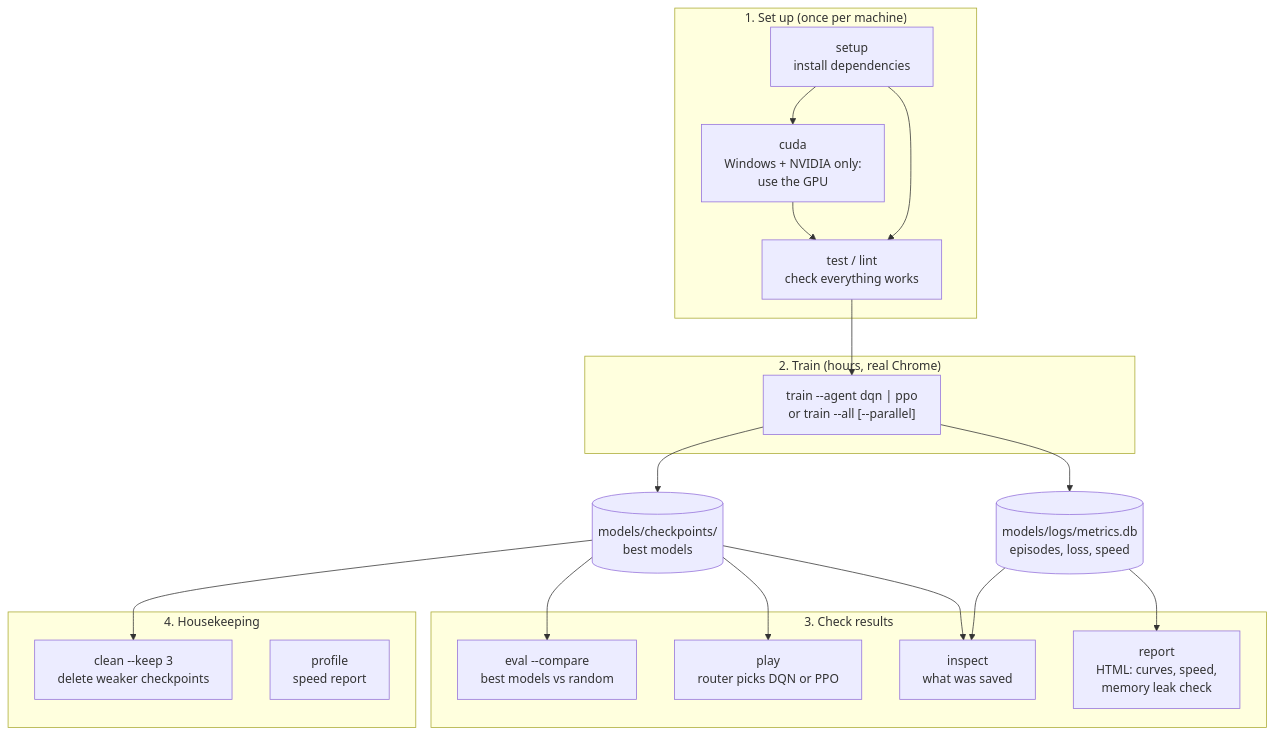
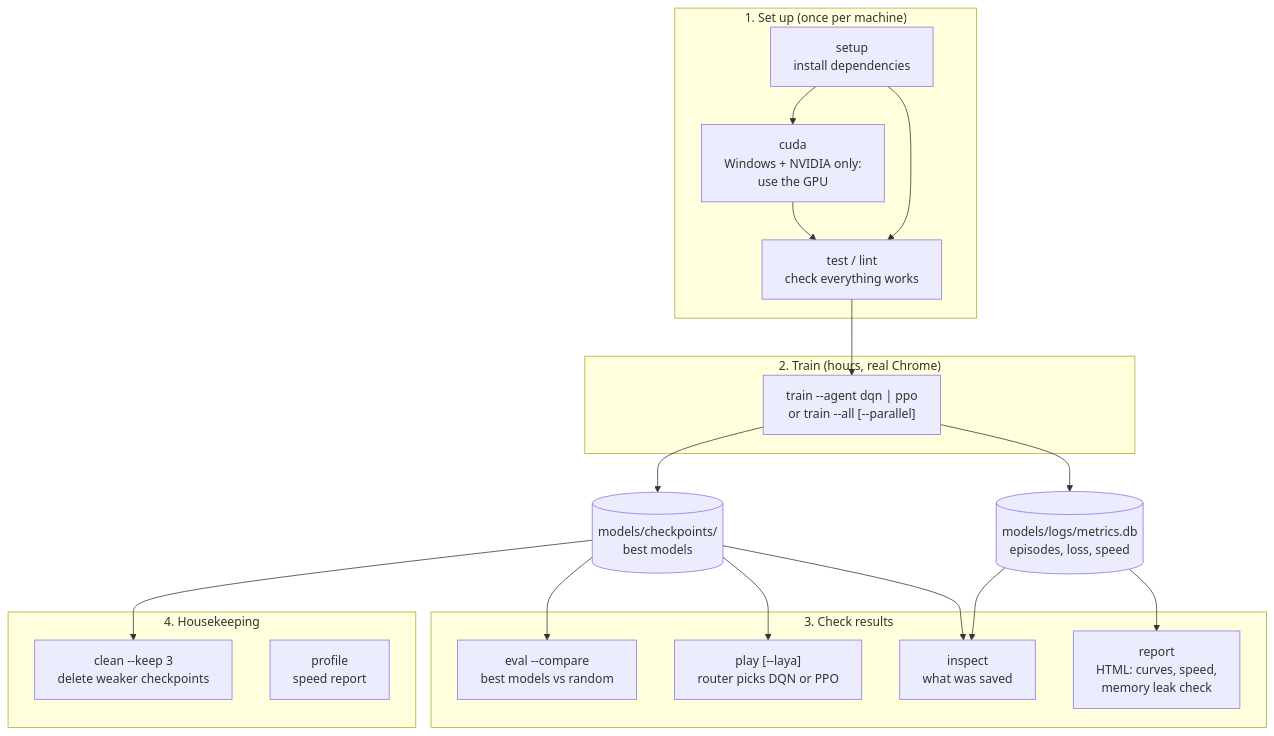
The diagram in docs/WORKFLOW.mermaid (S09Z/dino-decision-ai), drawn with Mermaid before and after one commit. The commit also changed 7 other files, not shown here.

First line of the commit message:
feat(routing): plug Laya into the router as LayaClassifier

```diff
--- a/docs/WORKFLOW.mermaid
+++ b/docs/WORKFLOW.mermaid
@@ -1,39 +1,39 @@
 %% How the commands fit together. Run each as `make <cmd>` (macOS/Linux),
 %% `.\make.ps1 <cmd>` (Windows) or `poetry run dino-ai <cmd>` (train/eval/inspect/clean/profile).
 flowchart TD
     subgraph S1["1. Set up (once per machine)"]
         setup["setup<br/>install dependencies"]
         cuda["cuda<br/>Windows + NVIDIA only:<br/>use the GPU"]
         test["test / lint<br/>check everything works"]
         setup --> cuda --> test
         setup --> test
     end
 
     subgraph S2["2. Train (hours, real Chrome)"]
         train["train --agent dqn | ppo<br/>or train --all [--parallel]"]
     end
 
     subgraph S3["3. Check results"]
         eval["eval --compare<br/>best models vs random"]
-        play["play<br/>router picks DQN or PPO"]
+        play["play [--laya]<br/>router picks DQN or PPO"]
         inspect["inspect<br/>what was saved"]
         report["report<br/>HTML: curves, speed,<br/>memory leak check"]
     end
 
     subgraph S4["4. Housekeeping"]
         clean["clean --keep 3<br/>delete weaker checkpoints"]
         profile["profile<br/>speed report"]
     end
 
     ckpt[("models/checkpoints/<br/>best models")]
     db[("models/logs/metrics.db<br/>episodes, loss, speed")]
 
     test --> train
     train --> ckpt
     train --> db
     ckpt --> eval
     ckpt --> play
     ckpt --> inspect
     db --> inspect
     db --> report
     ckpt --> clean
```
